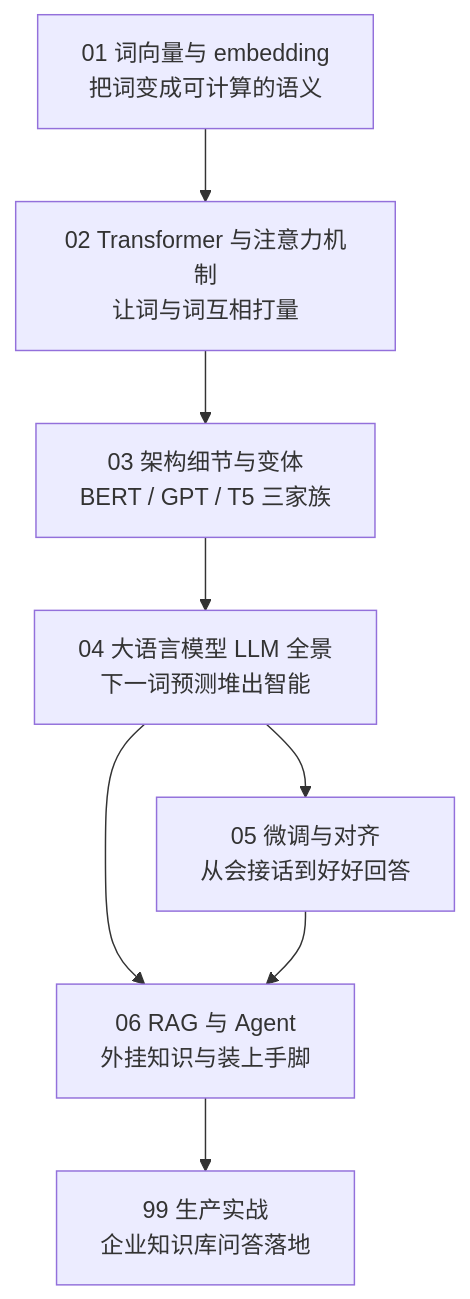
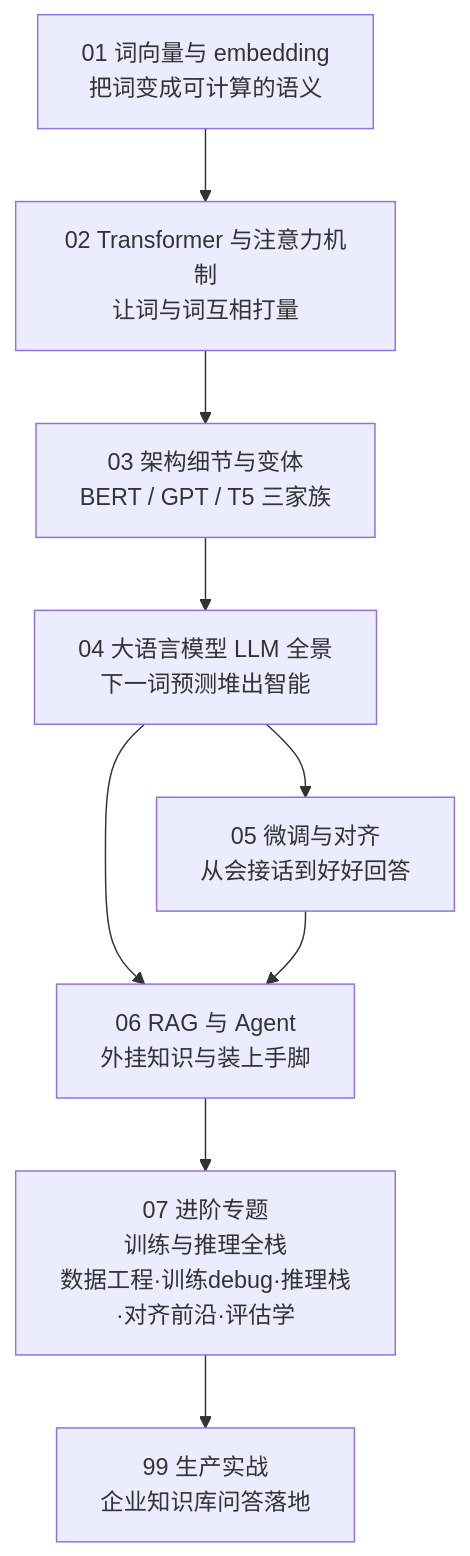
One commit to lizhengzhong20-sketch/model_learning changed the first of 2 diagrams in docs/4-专业方向/07-自然语言处理与LLM/README.md. Above: the diagram before and after it, drawn with Mermaid. The commit also changed other lines of this file and 82 other files, not shown here.

````diff
--- a/docs/4-专业方向/07-自然语言处理与LLM/README.md
+++ b/docs/4-专业方向/07-自然语言处理与LLM/README.md
@@ -11,10 +11,11 @@
 ```mermaid
 graph TD
     A["01 词向量与 embedding<br/>把词变成可计算的语义"] --> B["02 Transformer 与注意力机制<br/>让词与词互相打量"]
     B --> C["03 架构细节与变体<br/>BERT / GPT / T5 三家族"]
     C --> D["04 大语言模型 LLM 全景<br/>下一词预测堆出智能"]
     D --> E["05 微调与对齐<br/>从会接话到好好回答"]
     D --> F["06 RAG 与 Agent<br/>外挂知识与装上手脚"]
     E --> F
-    F --> G["99 生产实战<br/>企业知识库问答落地"]
+    F --> H["07 进阶专题<br/>训练与推理全栈<br/>数据工程·训练debug·推理栈·对齐前沿·评估学"]
+    H --> G["99 生产实战<br/>企业知识库问答落地"]
 ```
````
